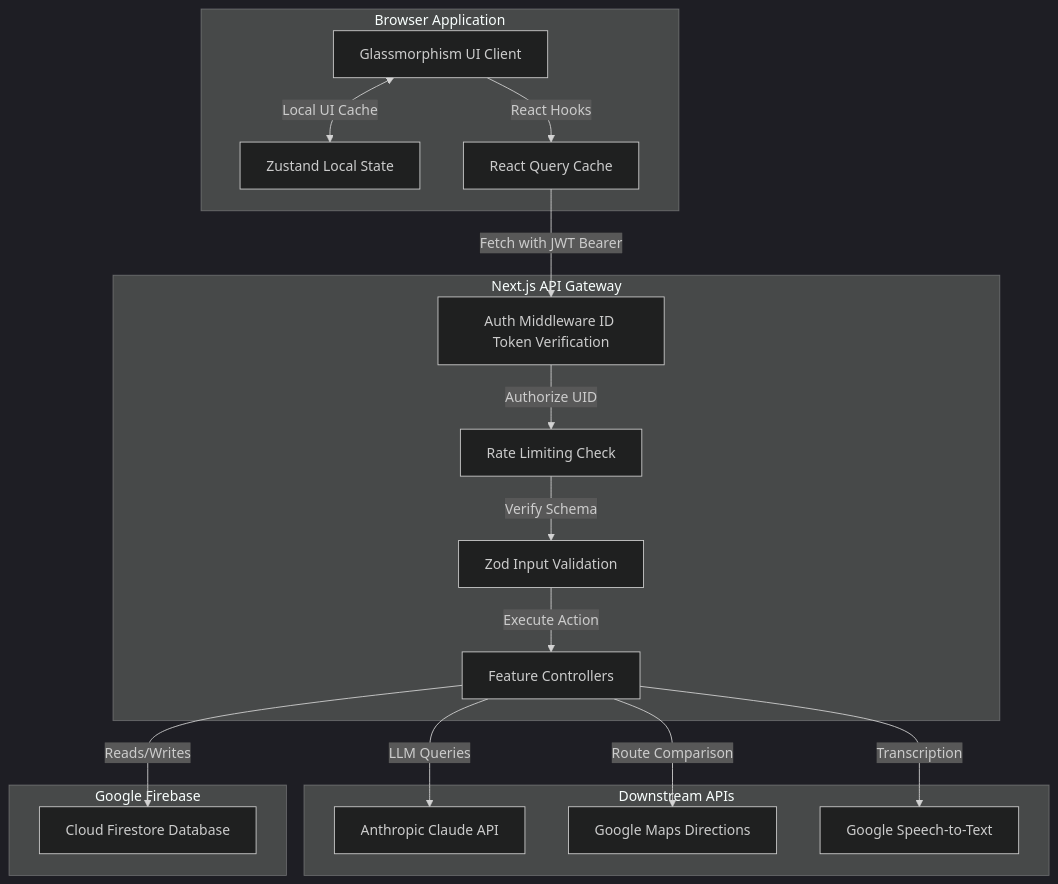
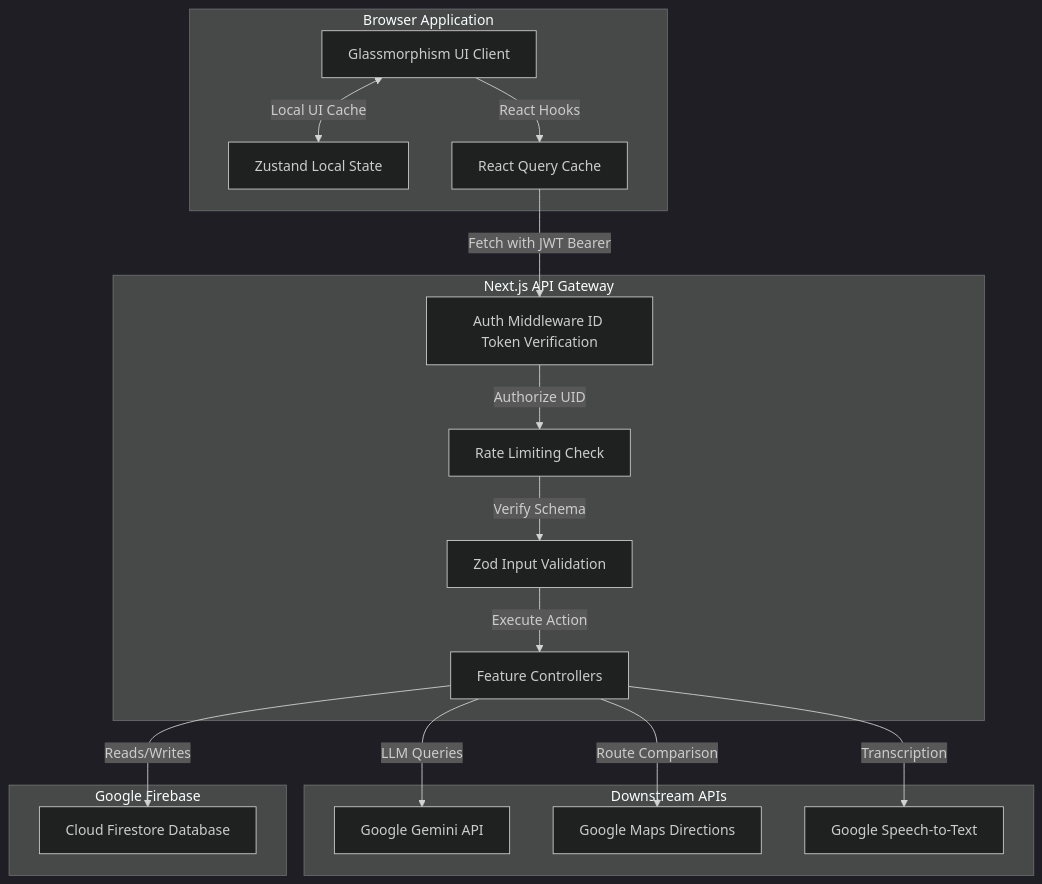
One commit to risshiisshh/Rootly changed the diagram in README.md. Above: the diagram before and after it, drawn with Mermaid (dark theme). The commit also changed other lines of this file and 24 other files, not shown here.

````diff
--- a/README.md
+++ b/README.md
@@ -37,41 +37,41 @@
 ```mermaid
 graph TD
     %% User/Client Boundary
     subgraph Client [Browser Application]
         UI[Glassmorphism UI Client]
         Zustand[Zustand Local State]
         RQ[React Query Cache]
     end
 
     %% Gateway Boundary
     subgraph NextServer [Next.js API Gateway]
         Auth[Auth Middleware ID Token Verification]
         Rate[Rate Limiting Check]
         Zod[Zod Input Validation]
         Controller[Feature Controllers]
     end
 
     %% Third Party Integrations
     subgraph Vendors [Downstream APIs]
-        Claude[Anthropic Claude API]
+        Gemini[Google Gemini API]
         Maps[Google Maps Directions]
         Speech[Google Speech-to-Text]
     end
 
     %% Database
     subgraph Database [Google Firebase]
         Firestore[Cloud Firestore Database]
     end
 
     %% Connections
     UI -->|React Hooks| RQ
     UI <-->|Local UI Cache| Zustand
     RQ -->|Fetch with JWT Bearer| Auth
     Auth -->|Authorize UID| Rate
     Rate -->|Verify Schema| Zod
     Zod -->|Execute Action| Controller
-    Controller -->|LLM Queries| Claude
+    Controller -->|LLM Queries| Gemini
     Controller -->|Route Comparison| Maps
     Controller -->|Transcription| Speech
     Controller -->|Reads/Writes| Firestore
 ```
````
